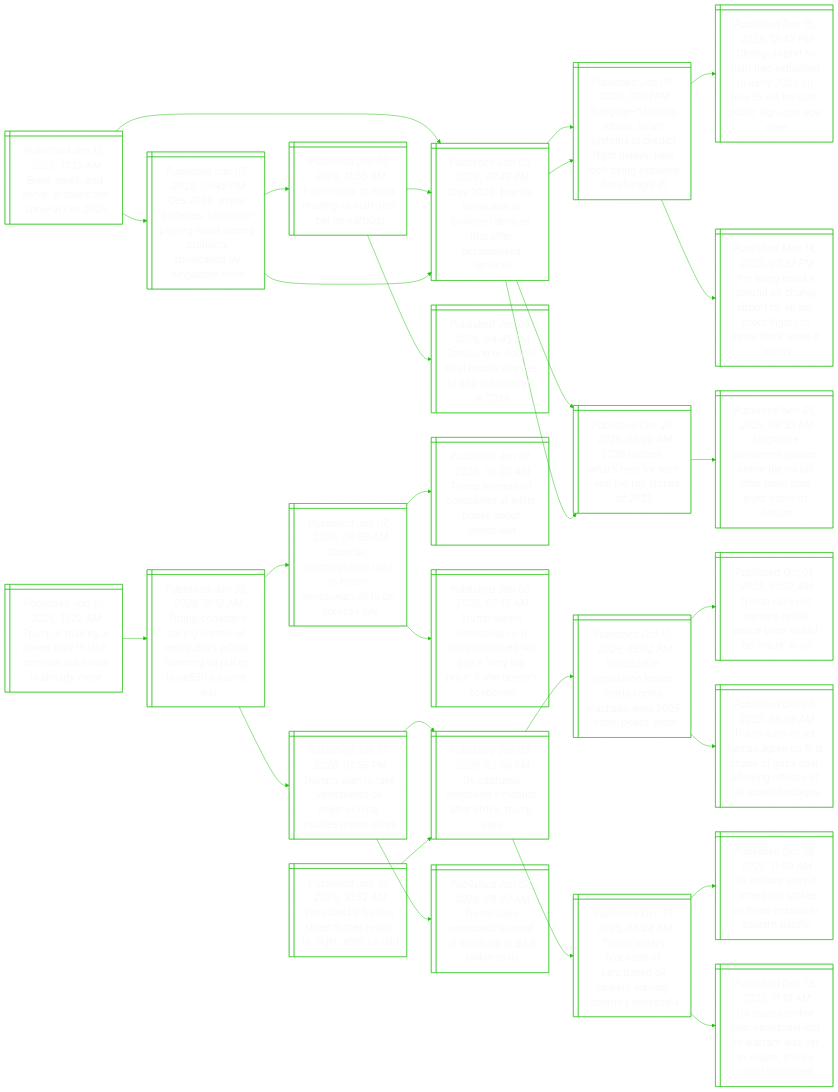
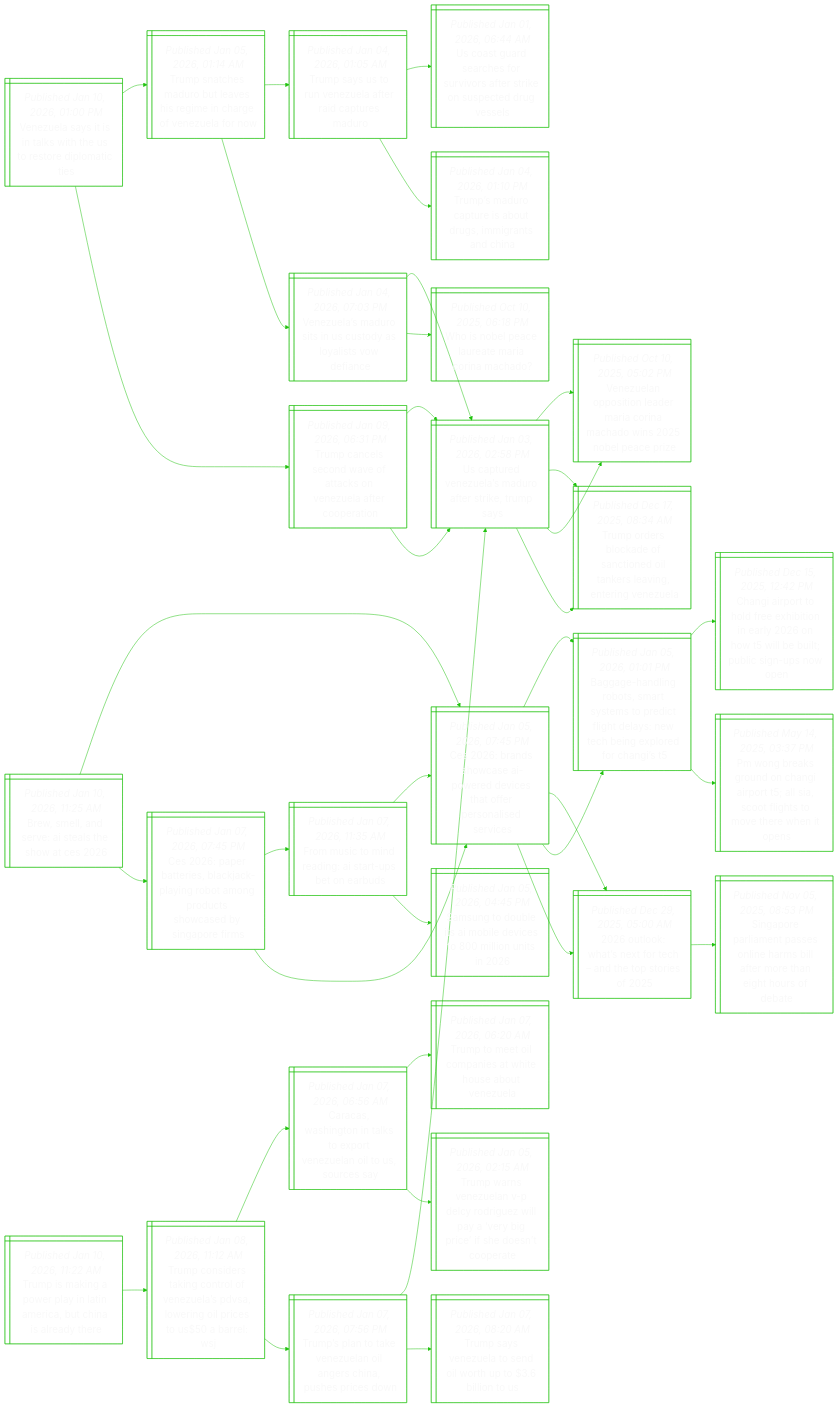
One commit to notJmes/notJmes changed the diagram in README.md. Above: the diagram before and after it, drawn with Mermaid. The commit also changed other lines of this file, not shown here.

````diff
--- a/README.md
+++ b/README.md
@@ -15,6 +15,52 @@
 %%{init: {'theme':'base', 'themeVariables': {'primaryColor': "transparent", 'primaryTextColor': "#F9F9F9", 'lineColor': "#20C20E", 'primaryBorderColor':'#20C20E'}}}%%
 flowchart LR
 classDef txtsize font-size:20px;
+
+Vuaiaierrlis@{ shape: win-pane, label: "_Published Jan 10, 2026, 01:00 PM_
+Venezuela says it is in talks with the us to restore diplomatic ties" }
+Tshduvsmhoeao@{ shape: win-pane, label: "_Published Jan 05, 2026, 01:14 AM_
+Trump snatches maduro but leaves his regime in charge of venezuela for now" }
+TsSnzaraeu@{ shape: win-pane, label: "_Published Jan 04, 2026, 01:05 AM_
+Trump says us to run venezuela after raid captures maduro" }
+Usrrfrreiscrs@{ shape: win-pane, label: "_Published Jan 01, 2026, 06:44 AM_
+Us coast guard searches for survivors after strike on suspected drug vessels" }
+Tsrtstsgsh@{ shape: win-pane, label: "_Published Jan 04, 2026, 01:10 PM_
+Trump’s maduro capture is about drugs, immigrants and china" }
+VuMoiuyytdn@{ shape: win-pane, label: "_Published Jan 04, 2026, 07:03 PM_
+Venezuela’s maduro sits in us custody as loyalists vow defiance" }
+UtVuMorkms@{ shape: win-pane, label: "_Published Jan 03, 2026, 02:58 PM_
+Us captured venezuela’s maduro after strike, trump says" }
+WNPlarrao@{ shape: win-pane, label: "_Published Oct 10, 2025, 06:18 PM_
+Who is nobel peace laureate maria corina machado?" }
+Tclovtsnlepi@{ shape: win-pane, label: "_Published Jan 09, 2026, 06:31 PM_
+Trump cancels second wave of attacks on venezuela after cooperation" }
+UtVuMorkms@{ shape: win-pane, label: "_Published Jan 03, 2026, 02:58 PM_
+Us captured venezuela’s maduro after strike, trump says" }
+Vuoilranhibai@{ shape: win-pane, label: "_Published Oct 10, 2025, 05:02 PM_
+Venezuelan opposition leader maria corina machado wins 2025 nobel peace prize" }
+Toskftdasitgz@{ shape: win-pane, label: "_Published Dec 17, 2025, 08:34 AM_
+Trump orders blockade of sanctioned oil tankers leaving, entering venezuela" }
+UtVuMorkms@{ shape: win-pane, label: "_Published Jan 03, 2026, 02:58 PM_
+Us captured venezuela’s maduro after strike, trump says" }
+Vuoilranhibai@{ shape: win-pane, label: "_Published Oct 10, 2025, 05:02 PM_
+Venezuelan opposition leader maria corina machado wins 2025 nobel peace prize" }
+Toskftdasitgz@{ shape: win-pane, label: "_Published Dec 17, 2025, 08:34 AM_
+Trump orders blockade of sanctioned oil tankers leaving, entering venezuela" }
+
+Vuaiaierrlis:::txtsize --> Tshduvsmhoeao:::txtsize
+Tshduvsmhoeao:::txtsize --> TsSnzaraeu:::txtsize
+TsSnzaraeu:::txtsize --> Usrrfrreiscrs:::txtsize
+TsSnzaraeu:::txtsize --> Tsrtstsgsh:::txtsize
+Tshduvsmhoeao:::txtsize --> VuMoiuyytdn:::txtsize
+VuMoiuyytdn:::txtsize --> UtVuMorkms:::txtsize
+VuMoiuyytdn:::txtsize --> WNPlarrao:::txtsize
+Vuaiaierrlis:::txtsize --> Tclovtsnlepi:::txtsize
+Tclovtsnlepi:::txtsize --> UtVuMorkms:::txtsize
+UtVuMorkms:::txtsize --> Vuoilranhibai:::txtsize
+UtVuMorkms:::txtsize --> Toskftdasitgz:::txtsize
+Tclovtsnlepi:::txtsize --> UtVuMorkms:::txtsize
+UtVuMorkms:::txtsize --> Vuoilranhibai:::txtsize
+UtVuMorkms:::txtsize --> Toskftdasitgz:::txtsize
 
 BmnvttoE@{ shape: win-pane, label: "_Published Jan 10, 2026, 11:25 AM_
 Brew, smell, and serve: ai steals the show at ces 2026" }
@@ -84,29 +130,4 @@
 TsteznnCpsen:::txtsize --> UtVuMorkms:::txtsize
 TsteznnCpsen:::txtsize --> TseesitoiU:::txtsize
 
-Vufuereotri@{ shape: win-pane, label: "_Published Jan 10, 2026, 10:52 AM_
-Venezuela's furious street forces ready to 'fight' after us raid" }
-UtVuMorkms@{ shape: win-pane, label: "_Published Jan 03, 2026, 02:58 PM_
-Us captured venezuela’s maduro after strike, trump says" }
-Vuoilranhibai@{ shape: win-pane, label: "_Published Oct 10, 2025, 05:02 PM_
-Venezuelan opposition leader maria corina machado wins 2025 nobel peace prize" }
-TsonoeroelS@{ shape: win-pane, label: "_Published Oct 01, 2025, 05:12 AM_
-Trump says not winning nobel peace prize would be ‘insult’ to us" }
-TssHaossaaorslaoe@{ shape: win-pane, label: "_Published Oct 09, 2025, 05:09 AM_
-Trump says israel, hamas agree on first phase of gaza deal, allowing release of all israeli hostages" }
-Toskftdasitgz@{ shape: win-pane, label: "_Published Dec 17, 2025, 08:34 AM_
-Trump orders blockade of sanctioned oil tankers leaving, entering venezuela" }
-Uistitktvlanf@{ shape: win-pane, label: "_Published Dec 16, 2025, 11:09 AM_
-Us military says it carried out strikes on three vessels in eastern pacific" }
-Uznenltrwtphoon@{ shape: win-pane, label: "_Published Dec 13, 2025, 11:10 AM_
-Us seized tanker near venezuela just as warrant was set to expire, shows court document" }
-
-Vufuereotri:::txtsize --> UtVuMorkms:::txtsize
-UtVuMorkms:::txtsize --> Vuoilranhibai:::txtsize
-Vuoilranhibai:::txtsize --> TsonoeroelS:::txtsize
-Vuoilranhibai:::txtsize --> TssHaossaaorslaoe:::txtsize
-UtVuMorkms:::txtsize --> Toskftdasitgz:::txtsize
-Toskftdasitgz:::txtsize --> Uistitktvlanf:::txtsize
-Toskftdasitgz:::txtsize --> Uznenltrwtphoon:::txtsize
-
 ```
````
